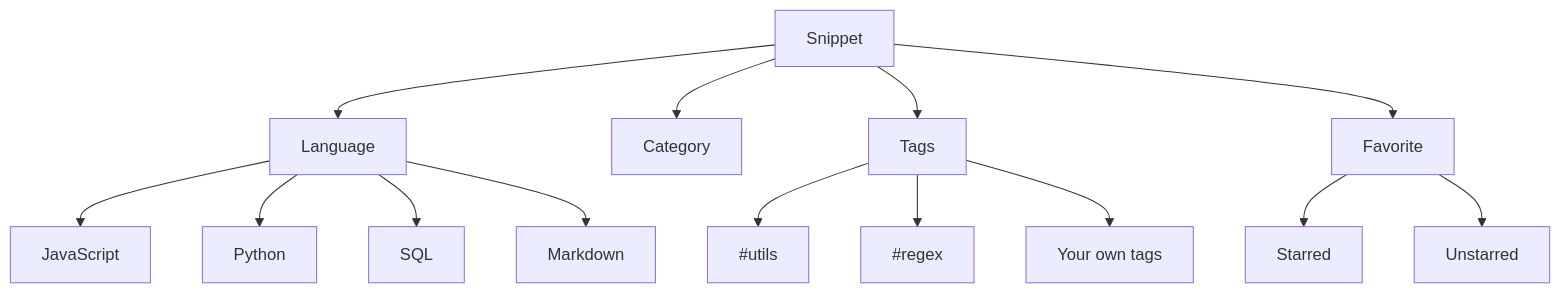
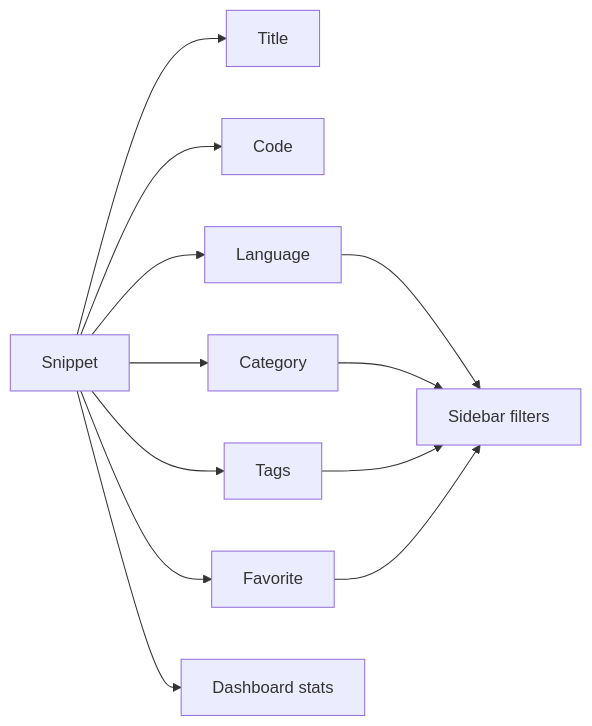
The diagram in api2-documentation/plan_2026-11-02_f8890e/user-facing-docs/key-concepts-and-terminology.md (Mohita111/API2), drawn with Mermaid before and after one commit. The commit also changed other lines of this file and 13 other files, not shown here.

````diff
--- a/api2-documentation/plan_2026-11-02_f8890e/user-facing-docs/key-concepts-and-terminology.md
+++ b/api2-documentation/plan_2026-11-02_f8890e/user-facing-docs/key-concepts-and-terminology.md
@@ -11,16 +80,14 @@
 ```mermaid
-graph TD
-  S[Snippet] --> L[Language]
-  S --> C[Category]
-  S --> T[Tags]
-  S --> F[Favorite]
-  L --> L1[JavaScript]
-  L --> L2[Python]
-  L --> L3[SQL]
-  L --> L4[Markdown]
-  T --> T1[#utils]
-  T --> T2[#regex]
-  T --> T3[Your own tags]
-  F --> F1[Starred]
-  F --> F2[Unstarred]
+graph LR
+    A[Snippet] --> B[Title]
+    A --> C[Code]
+    A --> D[Language]
+    A --> E[Category]
+    A --> F[Tags]
+    A --> G[Favorite]
+    A --> H[Dashboard stats]
+    D --> I[Sidebar filters]
+    E --> I
+    F --> I
+    G --> I
 ```
````
